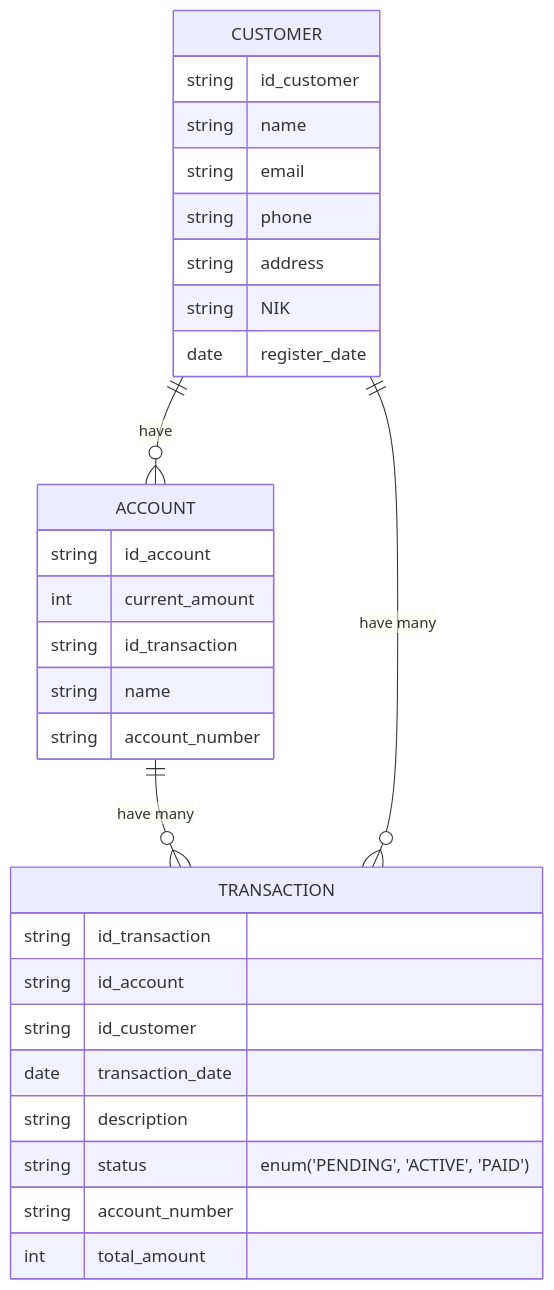
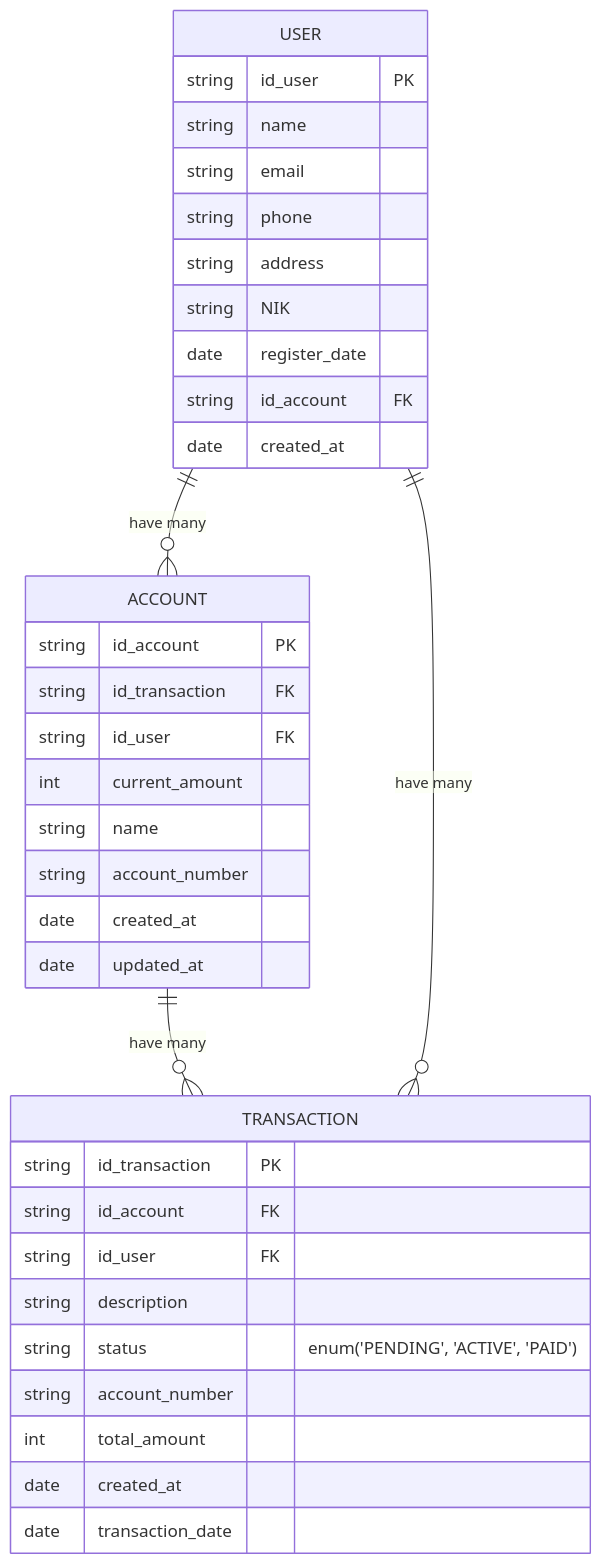
The diagram in koda-b1-db1-ewallet.md (bando9/koda-b1-db2), drawn with Mermaid before and after one commit.

````diff
--- a/koda-b1-db1-ewallet.md
+++ b/koda-b1-db1-ewallet.md
@@ -3,44 +3,45 @@
 ```mermaid
 
 erDiagram
-    CUSTOMER {
-        string id_customer
+    USER {
+        string id_user PK
         string name
         string email
         string phone
         string address
         string NIK
         date register_date
+        string id_account FK
+        date created_at
     }
 
     ACCOUNT {
-        string id_account
+        string id_account PK
+        string id_transaction FK
+        string id_user FK
         int current_amount
-        string id_transaction
         string name
         string account_number
+        date created_at
+        date updated_at
     }
 
-    CUSTOMER ||--}o ACCOUNT: have
+    USER ||--}o ACCOUNT: "have many"
 
     TRANSACTION {
-        string id_transaction
-        string id_account
-        string id_customer
-        date transaction_date
+        string id_transaction PK
+        string id_account FK
+        string id_user FK
         string description
         string status "enum('PENDING', 'ACTIVE', 'PAID')"
         string account_number
         int total_amount
-
-
+        date created_at
+        date transaction_date
     }
 
     ACCOUNT ||--}o TRANSACTION:"have many"
-    CUSTOMER ||--}o TRANSACTION: "have many"
-
-
-
+    USER ||--}o TRANSACTION: "have many"
 
 
 ```
````
